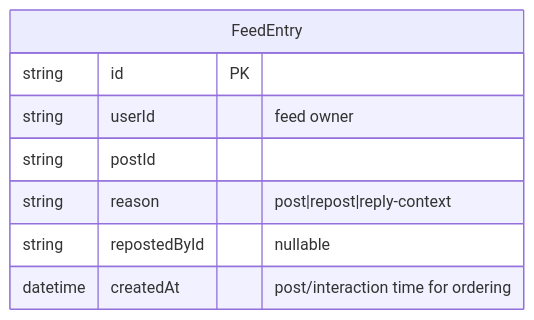
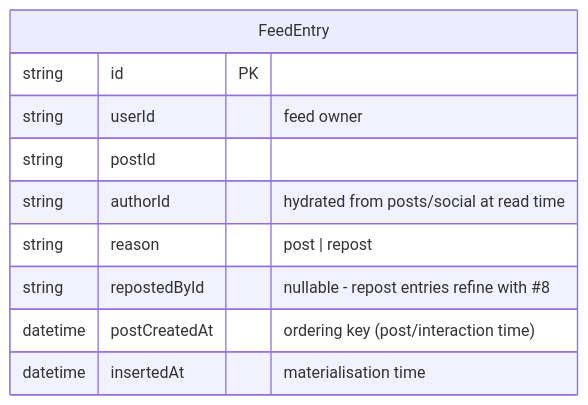
The fourth of 5 diagrams in docs/specs/data/01-storage-model.md (jdc-projects/xitter), drawn with Mermaid before and after one commit. The commit also changed other lines of this file and 2 other files, not shown here.

````diff
--- a/docs/specs/data/01-storage-model.md
+++ b/docs/specs/data/01-storage-model.md
@@ -104,11 +104,13 @@
 ```mermaid
 erDiagram
     FeedEntry {
         string id PK
         string userId "feed owner"
         string postId
-        string reason "post|repost|reply-context"
-        string repostedById "nullable"
-        datetime createdAt "post/interaction time for ordering"
+        string authorId "hydrated from posts/social at read time"
+        string reason "post | repost"
+        string repostedById "nullable - repost entries refine with #8"
+        datetime postCreatedAt "ordering key (post/interaction time)"
+        datetime insertedAt "materialisation time"
     }
 ```
````
